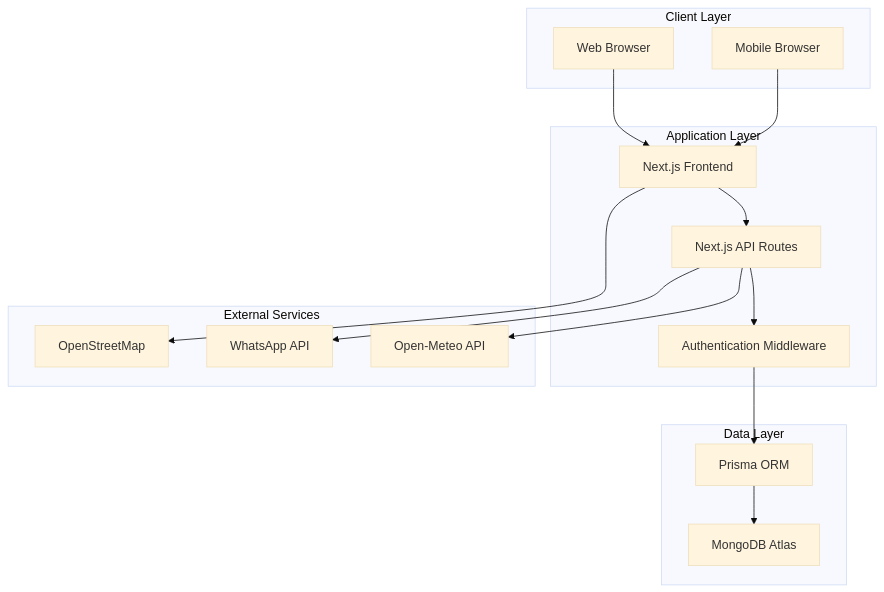
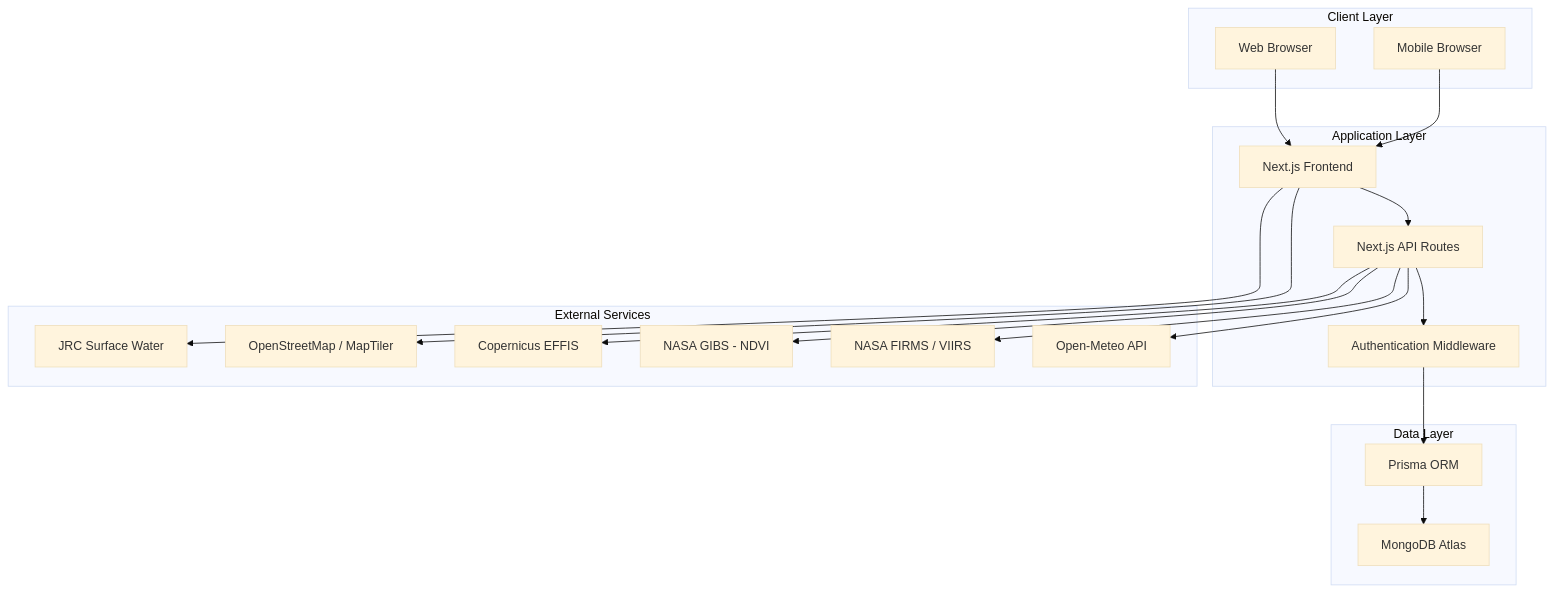
One commit to yaraPB/RICER-project changed the diagram in README.md. Above: the diagram before and after it, drawn with Mermaid (base theme). The commit also changed other lines of this file and 295 other files, not shown here.

````diff
--- a/README.md
+++ b/README.md
@@ -173,34 +186,40 @@
 ```mermaid
 graph TB
     subgraph "Client Layer"
         A[Web Browser]
         B[Mobile Browser]
     end
 
     subgraph "Application Layer"
         C[Next.js Frontend]
         D[Next.js API Routes]
         E[Authentication Middleware]
     end
 
     subgraph "Data Layer"
         F[MongoDB Atlas]
         G[Prisma ORM]
     end
 
     subgraph "External Services"
         H[Open-Meteo API]
-        I[OpenStreetMap]
-        J[WhatsApp API]
+        I[OpenStreetMap / MapTiler]
+        J[NASA FIRMS / VIIRS]
+        K[NASA GIBS - NDVI]
+        L[Copernicus EFFIS]
+        M[JRC Surface Water]
     end
 
     A --> C
     B --> C
     C --> D
     D --> E
     E --> G
     G --> F
     D --> H
     C --> I
     D --> J
+    D --> K
+    D --> L
+    C --> M
 ```
````
